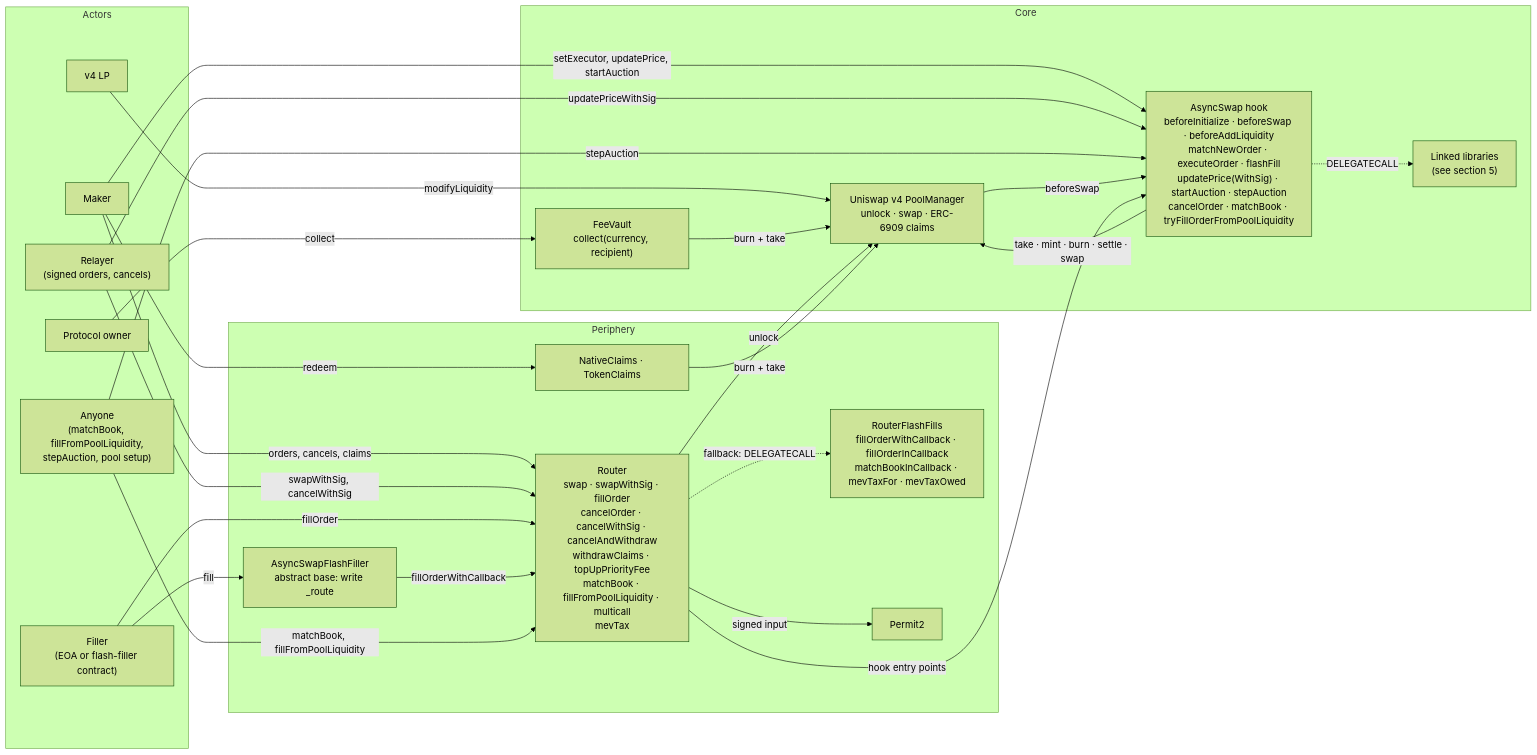
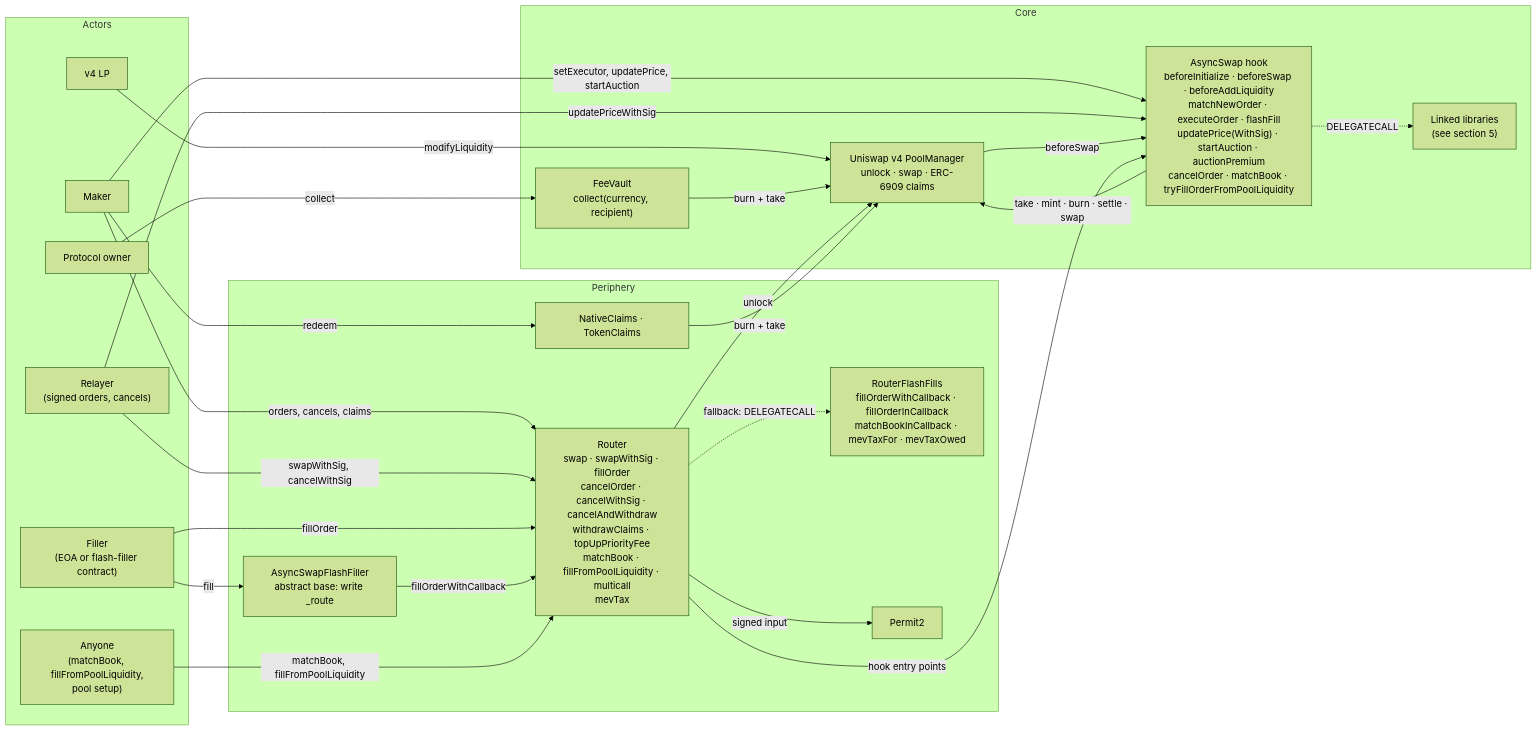
One commit to asyncswap/contracts changed the first of 6 diagrams in docs/protocol.md. Above: the diagram before and after it, drawn with Mermaid (forest theme). The commit also changed other lines of this file and 13 other files, not shown here.

````diff
--- a/docs/protocol.md
+++ b/docs/protocol.md
@@ -27,49 +27,48 @@
 ```mermaid
 flowchart LR
     subgraph Actors
         Maker["Maker"]
         Relayer["Relayer<br/>(signed orders, cancels)"]
         Filler["Filler<br/>(EOA or flash-filler contract)"]
-        Anyone["Anyone<br/>(matchBook, fillFromPoolLiquidity,<br/>stepAuction, pool setup)"]
+        Anyone["Anyone<br/>(matchBook, fillFromPoolLiquidity,<br/>pool setup)"]
         LP["v4 LP"]
         Owner["Protocol owner"]
     end
 
     subgraph Periphery
         Router["Router<br/>swap · swapWithSig · fillOrder<br/>cancelOrder · cancelWithSig · cancelAndWithdraw<br/>withdrawClaims · topUpPriorityFee<br/>matchBook · fillFromPoolLiquidity · multicall<br/>mevTax"]
         RFF["RouterFlashFills<br/>fillOrderWithCallback · fillOrderInCallback<br/>matchBookInCallback · mevTaxFor · mevTaxOwed"]
         Base["AsyncSwapFlashFiller<br/>abstract base: write _route"]
         Permit2["Permit2"]
         Claims["NativeClaims · TokenClaims"]
     end
 
     subgraph Core
         PM["Uniswap v4 PoolManager<br/>unlock · swap · ERC-6909 claims"]
-        Hook["AsyncSwap hook<br/>beforeInitialize · beforeSwap · beforeAddLiquidity<br/>matchNewOrder · executeOrder · flashFill<br/>updatePrice(WithSig) · startAuction · stepAuction<br/>cancelOrder · matchBook · tryFillOrderFromPoolLiquidity"]
+        Hook["AsyncSwap hook<br/>beforeInitialize · beforeSwap · beforeAddLiquidity<br/>matchNewOrder · executeOrder · flashFill<br/>updatePrice(WithSig) · startAuction · auctionPremium<br/>cancelOrder · matchBook · tryFillOrderFromPoolLiquidity"]
         Libs["Linked libraries<br/>(see section 5)"]
         Vault["FeeVault<br/>collect(currency, recipient)"]
     end
 
     Maker -->|orders, cancels, claims| Router
     Maker -->|setExecutor, updatePrice, startAuction| Hook
     Relayer -->|swapWithSig, cancelWithSig| Router
     Relayer -->|updatePriceWithSig| Hook
     Filler -->|fillOrder| Router
     Filler -->|fill| Base
     Base -->|fillOrderWithCallback| Router
     Router -.->|fallback: DELEGATECALL| RFF
     Anyone -->|matchBook, fillFromPoolLiquidity| Router
-    Anyone -->|stepAuction| Hook
     LP -->|modifyLiquidity| PM
     Owner -->|collect| Vault
 
     Router -->|unlock| PM
     Router -->|signed input| Permit2
     PM -->|beforeSwap| Hook
     Router -->|hook entry points| Hook
     Hook -.->|DELEGATECALL| Libs
     Hook -->|take · mint · burn · settle · swap| PM
     Vault -->|burn + take| PM
     Maker -->|redeem| Claims
     Claims -->|burn + take| PM
 ```
````
